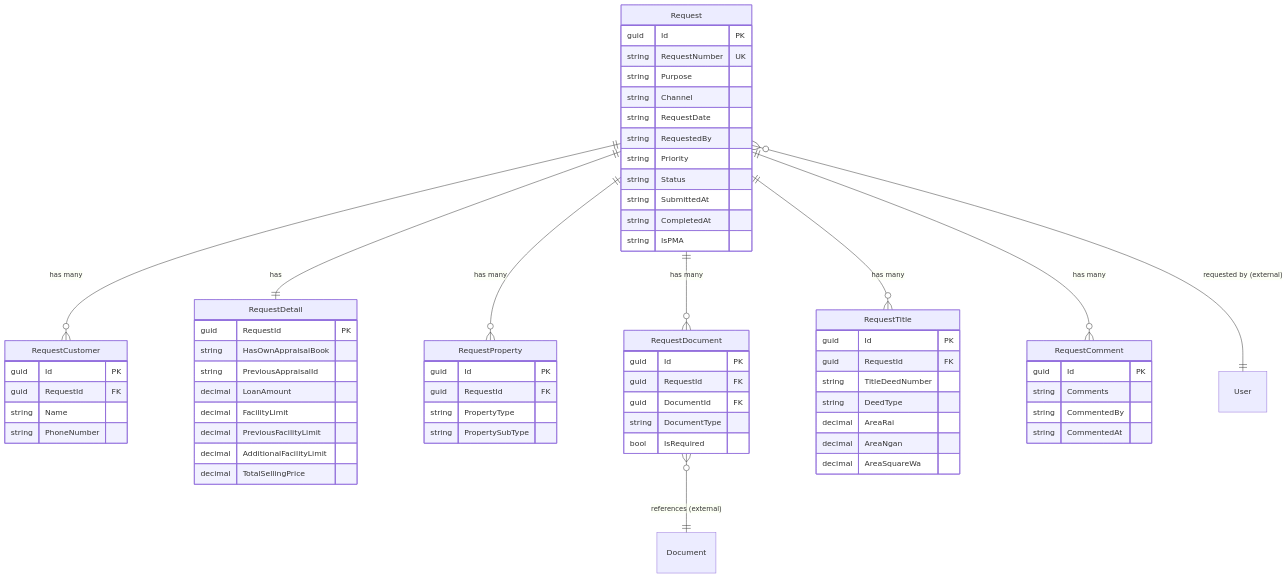
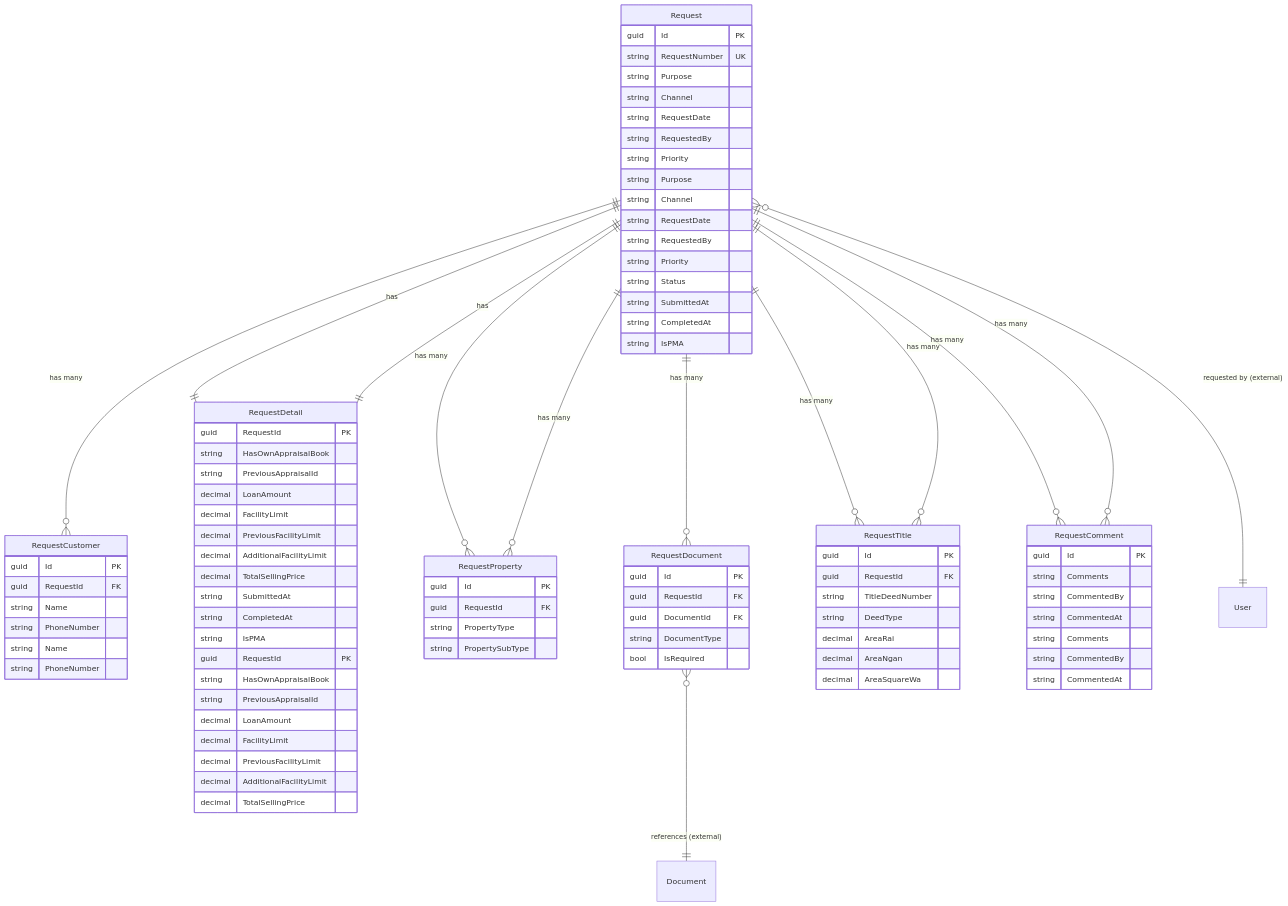
One commit to immortalgky/collateral-appraisal-system-api changed the diagram in docs/data-model/02-request-module.md. Above: the diagram before and after it, drawn with Mermaid. The commit also changed other lines of this file and 155 other files, not shown here.

````diff
--- a/docs/data-model/02-request-module.md
+++ b/docs/data-model/02-request-module.md
@@ -32,7 +37,11 @@
     Request ||--o{ RequestCustomer : "has many"
     Request ||--|| RequestDetail : "has"
     Request ||--o{ RequestProperty : "has many"
+    Request ||--|| RequestDetail : "has"
+    Request ||--o{ RequestProperty : "has many"
     Request ||--o{ RequestDocument : "has many"
+    Request ||--o{ RequestTitle : "has many"
+    Request ||--o{ RequestComment : "has many"
     Request ||--o{ RequestTitle : "has many"
     Request ||--o{ RequestComment : "has many"
 
@@ -42,6 +51,11 @@
     Request {
         guid Id PK
         string RequestNumber UK
+        string Purpose
+        string Channel
+        string RequestDate
+        string RequestedBy
+        string Priority
         string Purpose
         string Channel
         string RequestDate
@@ -62,11 +76,27 @@
         decimal PreviousFacilityLimit
         decimal AdditionalFacilityLimit
         decimal TotalSellingPrice
+        string SubmittedAt
+        string CompletedAt
+        string IsPMA
+    }
+    
+    RequestDetail {
+        guid RequestId PK
+        string HasOwnAppraisalBook
+        string PreviousAppraisalId
+        decimal LoanAmount
+        decimal FacilityLimit
+        decimal PreviousFacilityLimit
+        decimal AdditionalFacilityLimit
+        decimal TotalSellingPrice
     }
 
     RequestCustomer {
         guid Id PK
         guid RequestId FK
+        string Name
+        string PhoneNumber
         string Name
         string PhoneNumber
     }
@@ -101,5 +131,8 @@
         string Comments
         string CommentedBy
         string CommentedAt
+        string Comments
+        string CommentedBy
+        string CommentedAt
     }
 ```
````
